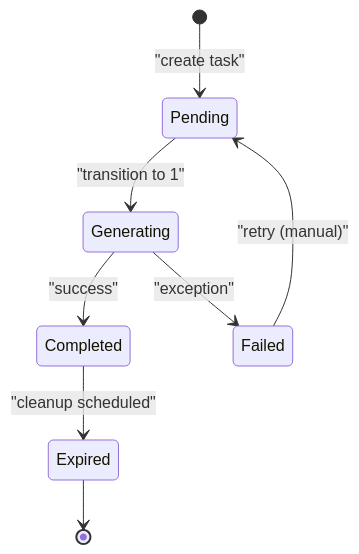
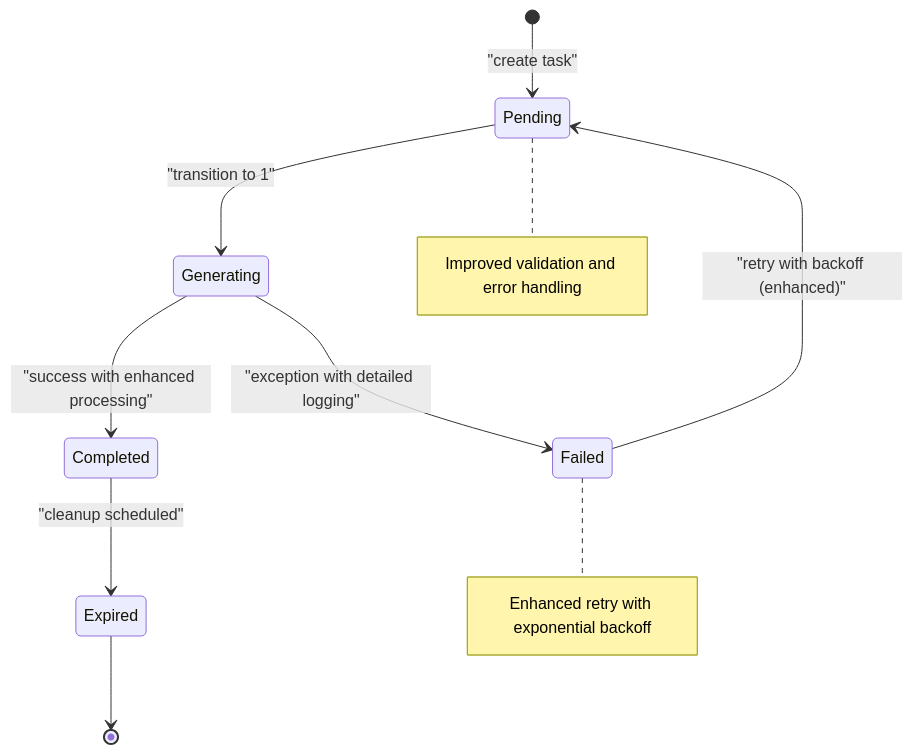
Before and after one commit to bo961386926/Survey-App: the third of 10 diagrams in .qoder/repowiki/en/content/Export & Reporting/Export & Reporting.md, drawn with Mermaid. The commit also changed other lines of this file and 25 other files, not shown here.

````diff
--- a/.qoder/repowiki/en/content/Export & Reporting/Export & Reporting.md
+++ b/.qoder/repowiki/en/content/Export & Reporting/Export & Reporting.md
@@ -181,10 +249,12 @@
 ```mermaid
 stateDiagram-v2
 [*] --> Pending : "create task"
 Pending --> Generating : "transition to 1"
-Generating --> Completed : "success"
-Generating --> Failed : "exception"
+Generating --> Completed : "success with enhanced processing"
+Generating --> Failed : "exception with detailed logging"
 Completed --> Expired : "cleanup scheduled"
-Failed --> Pending : "retry (manual)"
+Failed --> Pending : "retry with backoff (enhanced)"
 Expired --> [*]
+note right of Failed : Enhanced retry with exponential backoff
+note right of Pending : Improved validation and error handling
 ```
````
